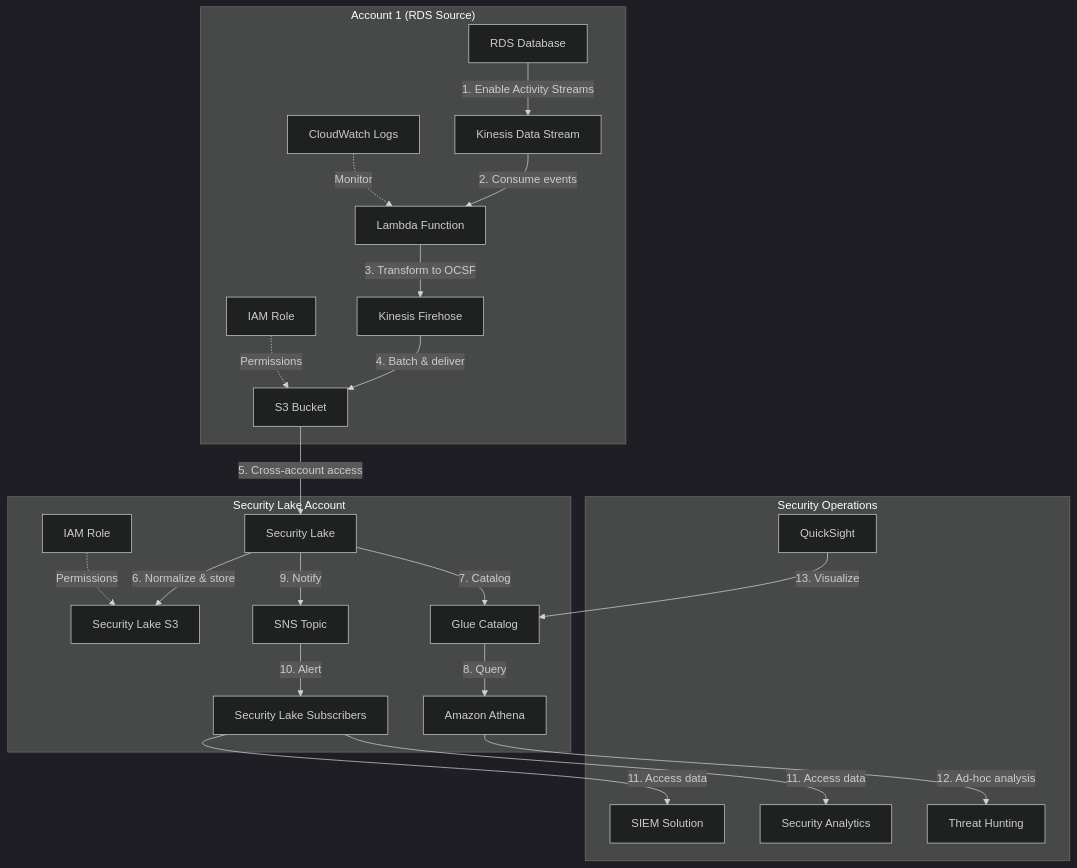
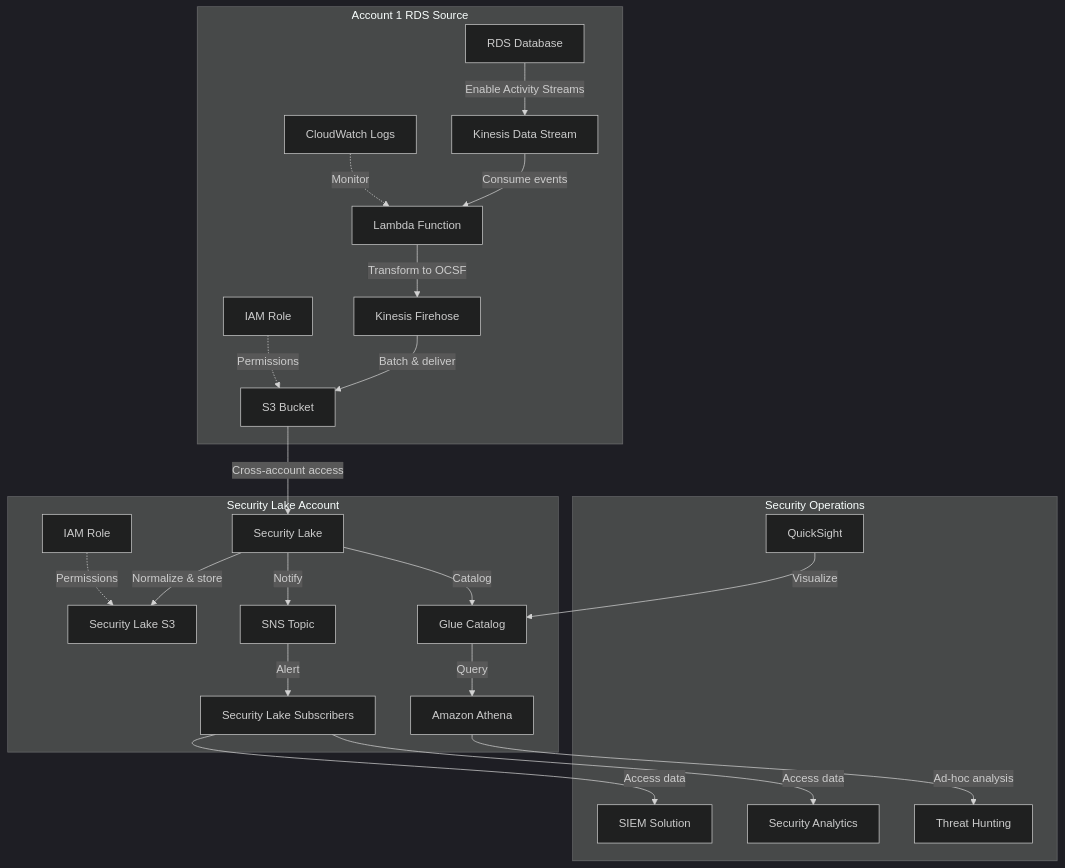
The third of 4 diagrams in README.md (hugger-beep/slake), drawn with Mermaid (dark theme) before and after one commit. The commit also changed other lines of this file, not shown here.

````diff
--- a/README.md
+++ b/README.md
@@ -231,28 +231,28 @@
 ```mermaid
 graph TD
-    subgraph "Account 1 (RDS Source)"
-        RDS[RDS Database] -->|1. Enable Activity Streams| KDS1[Kinesis Data Stream]
-        KDS1 -->|2. Consume events| LF1[Lambda Function]
-        LF1 -->|3. Transform to OCSF| KF1[Kinesis Firehose]
-        KF1 -->|4. Batch & deliver| S3B1[S3 Bucket]
+    subgraph "Account 1 RDS Source"
+        RDS[RDS Database] -->|Enable Activity Streams| KDS1[Kinesis Data Stream]
+        KDS1 -->|Consume events| LF1[Lambda Function]
+        LF1 -->|Transform to OCSF| KF1[Kinesis Firehose]
+        KF1 -->|Batch & deliver| S3B1[S3 Bucket]
         IAM1[IAM Role] -.->|Permissions| S3B1
         CWL1[CloudWatch Logs] -.->|Monitor| LF1
     end
     
     subgraph "Security Lake Account"
-        S3B1 -->|5. Cross-account access| SL[Security Lake]
-        SL -->|6. Normalize & store| SLS3[Security Lake S3]
-        SL -->|7. Catalog| SLGC[Glue Catalog]
-        SLGC -->|8. Query| Athena[Amazon Athena]
-        SL -->|9. Notify| SNS[SNS Topic]
-        SNS -->|10. Alert| SUB[Security Lake Subscribers]
+        S3B1 -->|Cross-account access| SL[Security Lake]
+        SL -->|Normalize & store| SLS3[Security Lake S3]
+        SL -->|Catalog| SLGC[Glue Catalog]
+        SLGC -->|Query| Athena[Amazon Athena]
+        SL -->|Notify| SNS[SNS Topic]
+        SNS -->|Alert| SUB[Security Lake Subscribers]
         IAM2[IAM Role] -.->|Permissions| SLS3
     end
     
     subgraph "Security Operations"
-        SUB -->|11. Access data| SIEM[SIEM Solution]
-        SUB -->|11. Access data| SA[Security Analytics]
-        Athena -->|12. Ad-hoc analysis| TH[Threat Hunting]
-        QS[QuickSight] -->|13. Visualize| SLGC
+        SUB -->|Access data| SIEM[SIEM Solution]
+        SUB -->|Access data| SA[Security Analytics]
+        Athena -->|Ad-hoc analysis| TH[Threat Hunting]
+        QS[QuickSight] -->|Visualize| SLGC
     end
 ```
````
